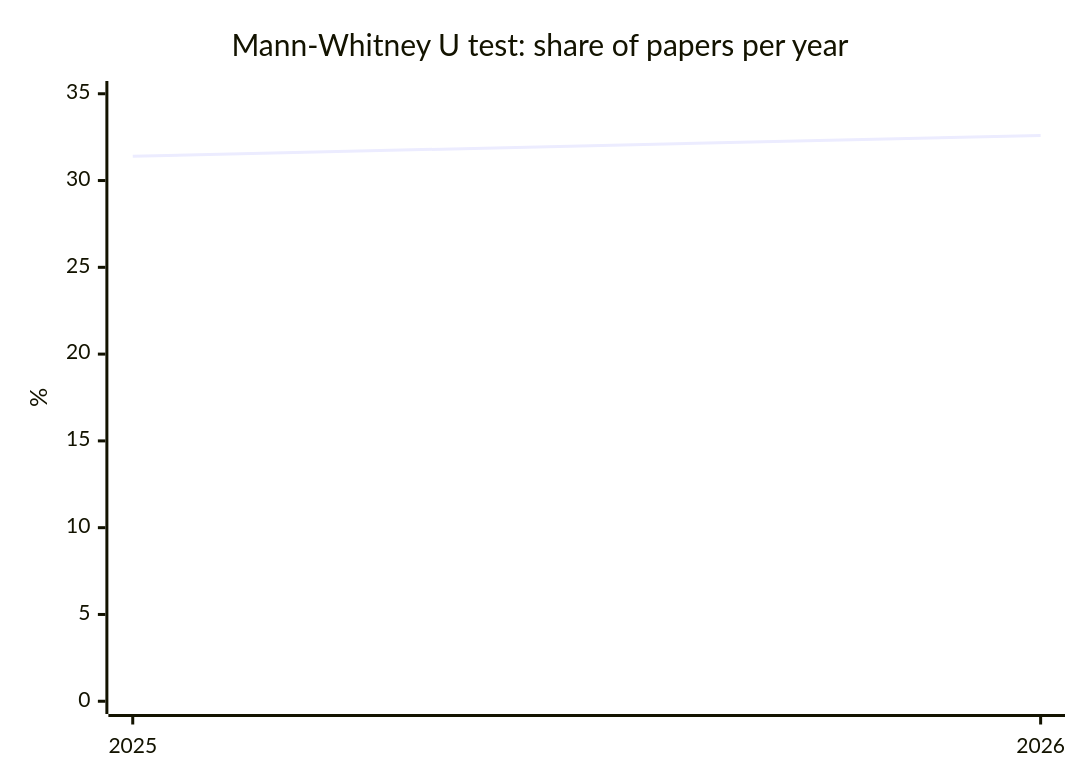
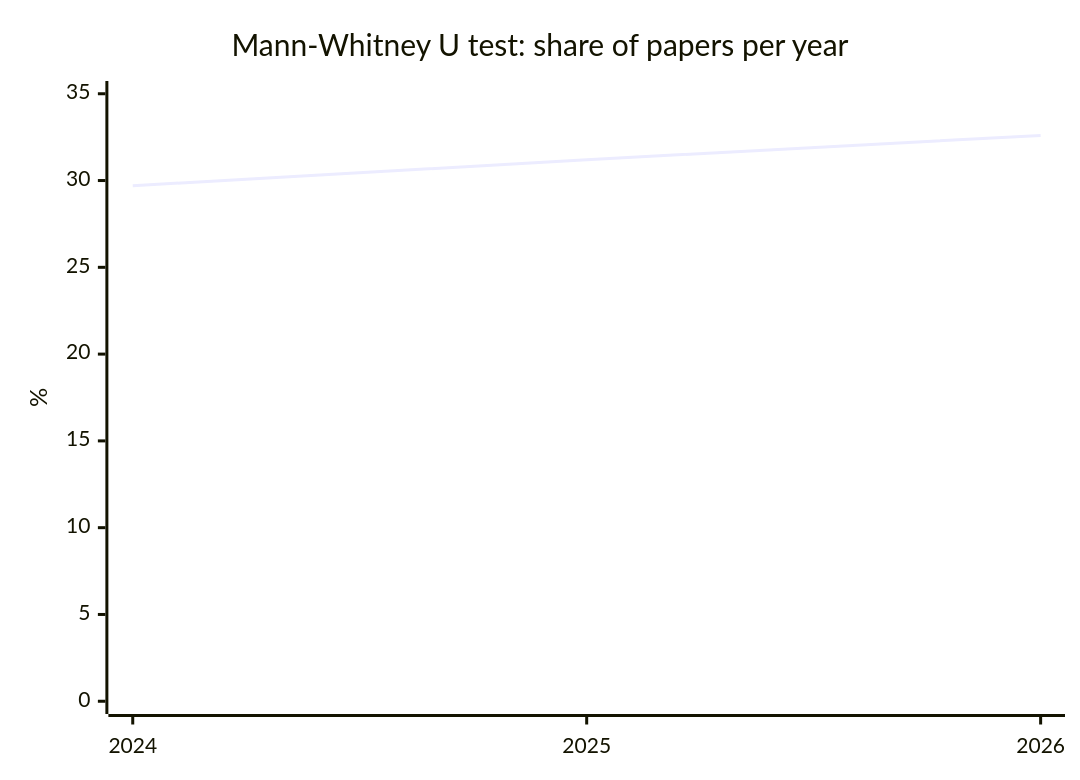
The fourth of 5 diagrams in literature-watch/reports/overview.md (nfdi4health/datashield-function-ideas), drawn with Mermaid before and after one commit. The commit also changed other lines of this file and 1 other file, not shown here.

````diff
--- a/literature-watch/reports/overview.md
+++ b/literature-watch/reports/overview.md
@@ -76,7 +76,7 @@
 ```mermaid
 xychart-beta
   title "Mann-Whitney U test: share of papers per year"
-  x-axis [2025, 2026]
+  x-axis [2024, 2025, 2026]
   y-axis "%" 0 --> 35
-  line [31.4, 32.6]
+  line [29.7, 31.2, 32.6]
 ```
````
